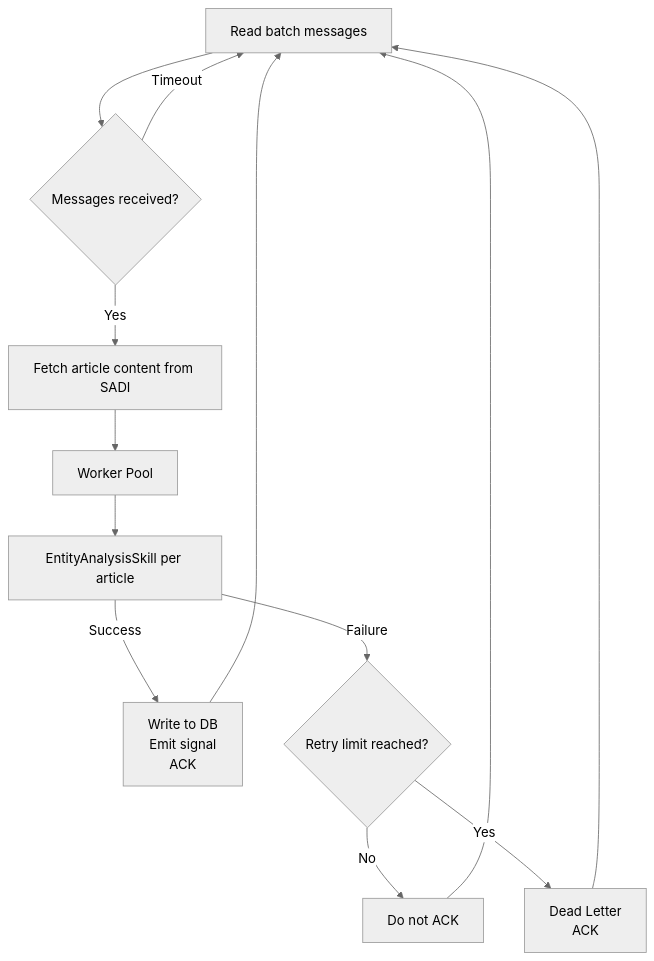
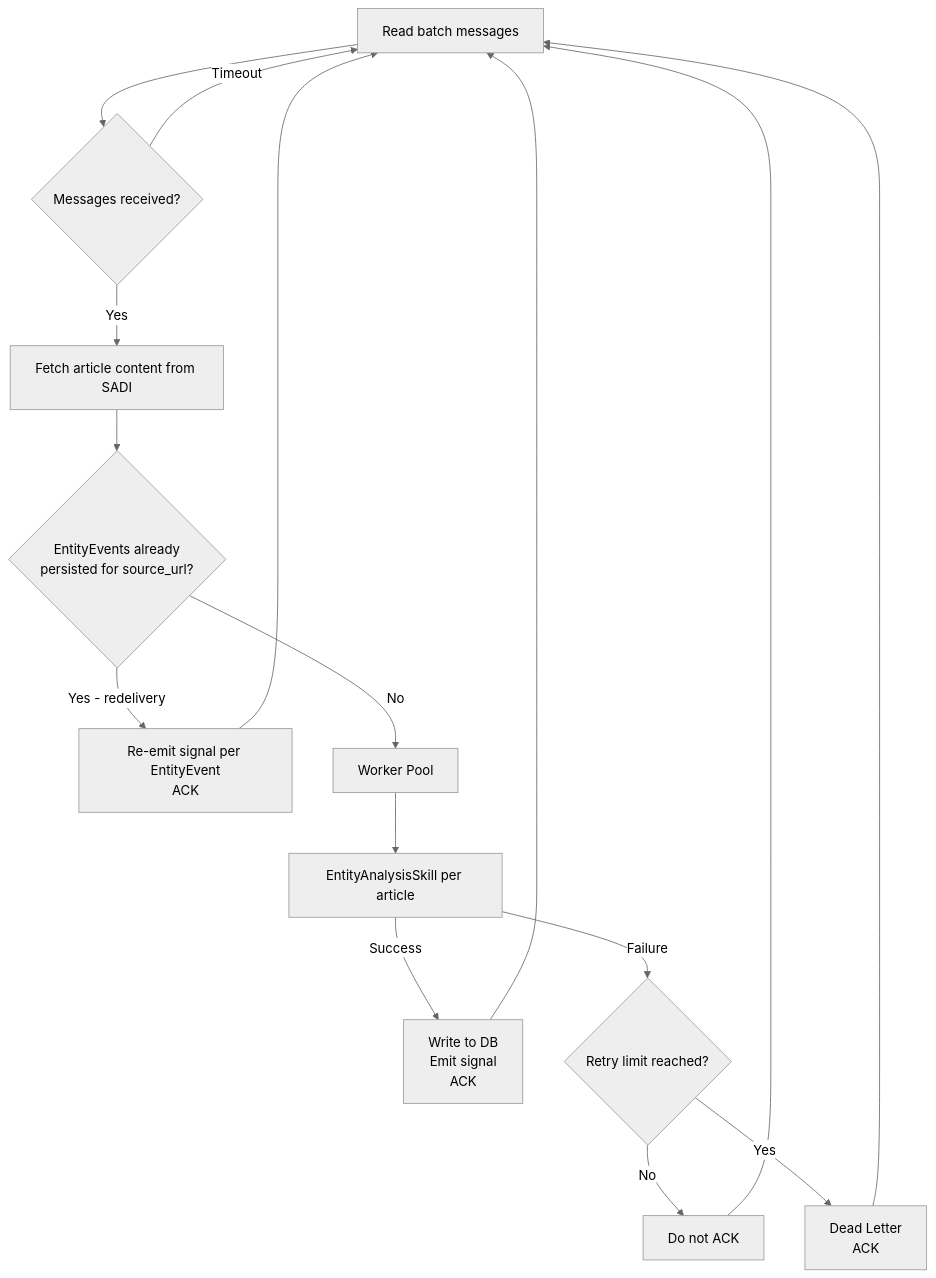
The second of 5 diagrams in stock-assistant-pipeline-intelligence/docs/system-design.md (mars-xiaoyi/wealthfinder), drawn with Mermaid (neutral theme) before and after one commit. The commit also changed other lines of this file and 1 other file, not shown here.

````diff
--- a/stock-assistant-pipeline-intelligence/docs/system-design.md
+++ b/stock-assistant-pipeline-intelligence/docs/system-design.md
@@ -195,15 +195,18 @@
 ```mermaid
 flowchart TD
     A[Read batch messages] --> B{Messages received?}
     B -->|Timeout| A
     B -->|Yes| C[Fetch article content from SADI]
-    C --> D[Worker Pool]
+    C --> P{EntityEvents already\npersisted for source_url?}
+    P -->|Yes - redelivery| R[Re-emit signal per EntityEvent\nACK]
+    R --> A
+    P -->|No| D[Worker Pool]
     D --> E[EntityAnalysisSkill per article]
     E -->|Success| F[Write to DB\nEmit signal\nACK]
     E -->|Failure| G{Retry limit reached?}
     G -->|No| H[Do not ACK]
     G -->|Yes| I[Dead Letter\nACK]
     F --> A
     H --> A
     I --> A
 ```
````
